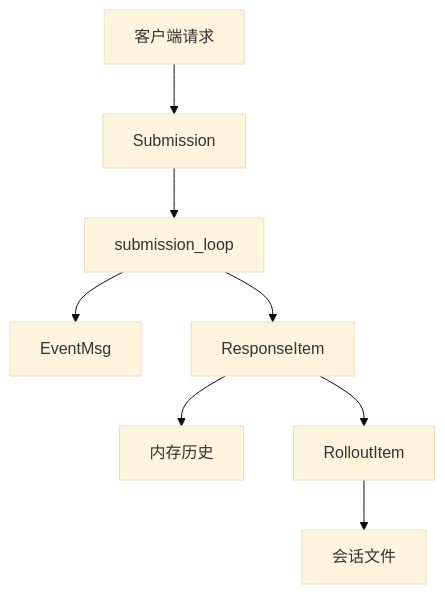
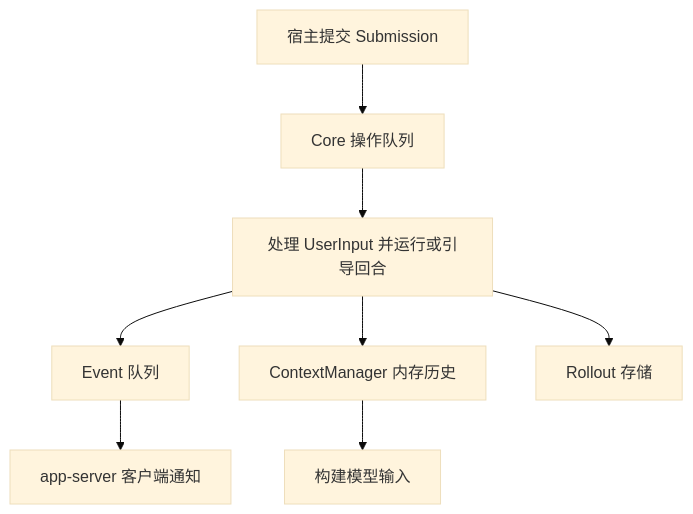
One commit to GLBB/codex changed the diagram in wiki/protocols/core-history.md. Above: the diagram before and after it, drawn with Mermaid (base theme). The commit also changed other lines of this file and 28 other files, not shown here.

````diff
--- a/wiki/protocols/core-history.md
+++ b/wiki/protocols/core-history.md
@@ -18,10 +60,10 @@
 ```mermaid
 graph TB
-    U["客户端请求"] --> S["Submission"]
-    S --> Q["submission_loop"]
-    Q --> E["EventMsg"]
-    Q --> I["ResponseItem"]
-    I --> H["内存历史"]
-    I --> R["RolloutItem"]
-    R --> F["会话文件"]
+    S["宿主提交 Submission"] --> Q["Core 操作队列"]
+    Q --> T["处理 UserInput 并运行或引导回合"]
+    T --> E["Event 队列"]
+    E --> A["app-server 客户端通知"]
+    T --> H["ContextManager 内存历史"]
+    H --> P["构建模型输入"]
+    T --> R["Rollout 存储"]
 ```
````
